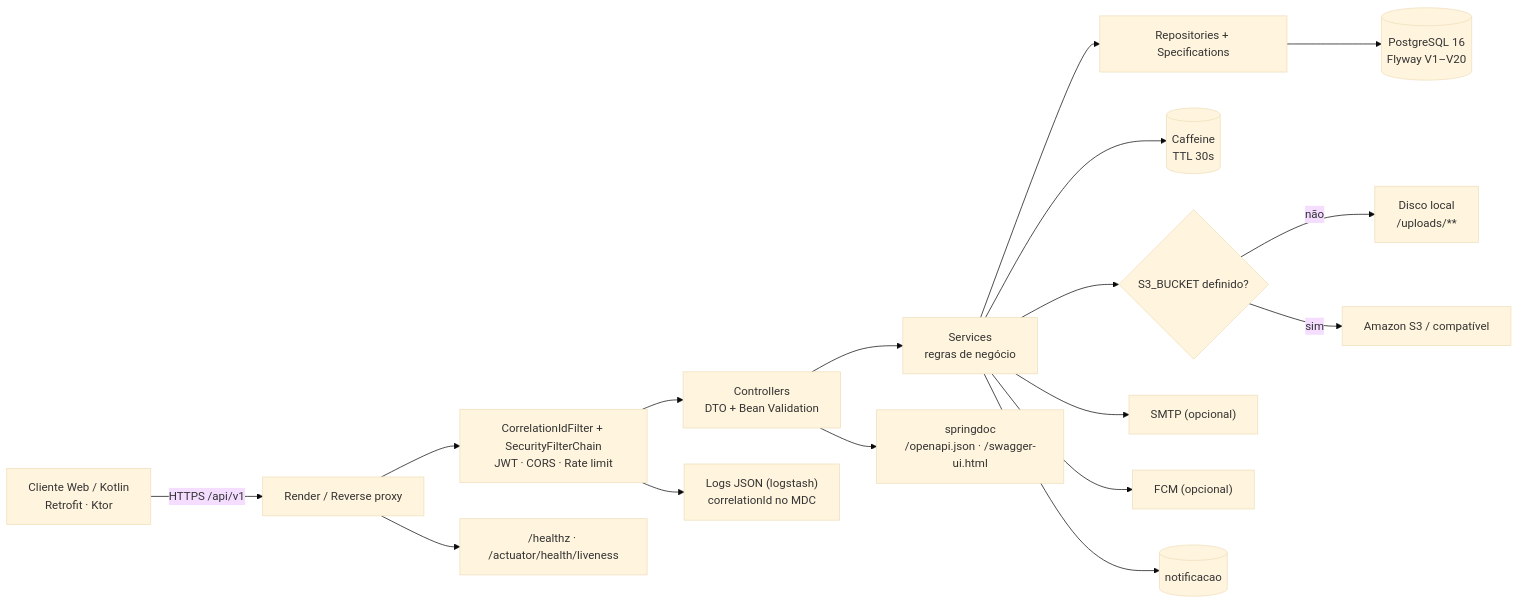
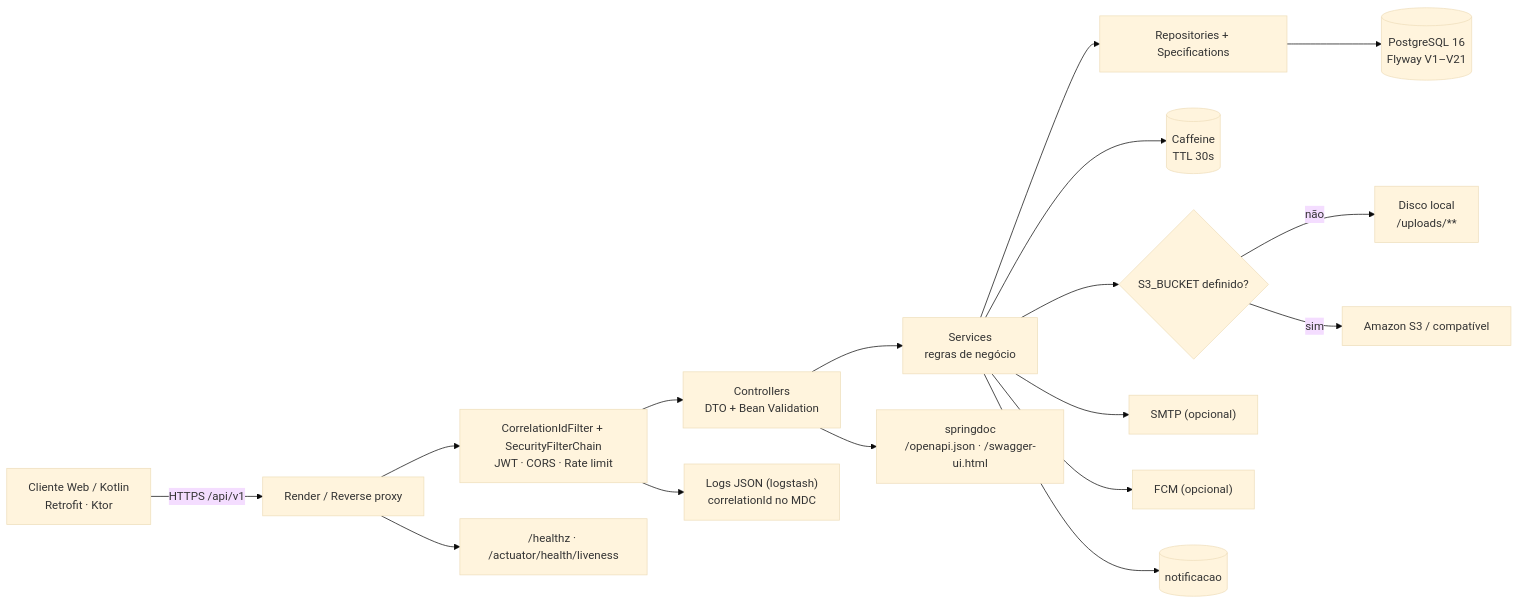
The first of 3 diagrams in README.md (Iuri-Costa/desapego-universitario-be), drawn with Mermaid (base theme) before and after one commit. The commit also changed other lines of this file and 1 other file, not shown here.

````diff
--- a/README.md
+++ b/README.md
@@ -55,19 +55,19 @@
 ```mermaid
 flowchart LR
     Cliente["Cliente Web / Kotlin<br/>Retrofit · Ktor"] -->|HTTPS /api/v1| Borda["Render / Reverse proxy"]
     Borda --> Filtros["CorrelationIdFilter + SecurityFilterChain<br/>JWT · CORS · Rate limit"]
     Filtros --> Controller["Controllers<br/>DTO + Bean Validation"]
     Controller --> Service["Services<br/>regras de negócio"]
     Service --> Repository["Repositories + Specifications"]
-    Repository --> DB[("PostgreSQL 16<br/>Flyway V1–V20")]
+    Repository --> DB[("PostgreSQL 16<br/>Flyway V1–V21")]
     Service --> Cache[("Caffeine<br/>TTL 30s")]
     Service --> Storage{"S3_BUCKET definido?"}
     Storage -->|não| Local["Disco local<br/>/uploads/**"]
     Storage -->|sim| S3["Amazon S3 / compatível"]
     Service --> Mail["SMTP (opcional)"]
     Service --> FCM["FCM (opcional)"]
     Service --> Notif[("notificacao")]
     Borda --> Health["/healthz · /actuator/health/liveness"]
     Controller --> Docs["springdoc<br/>/openapi.json · /swagger-ui.html"]
     Filtros --> Logs["Logs JSON (logstash)<br/>correlationId no MDC"]
 ```
````
